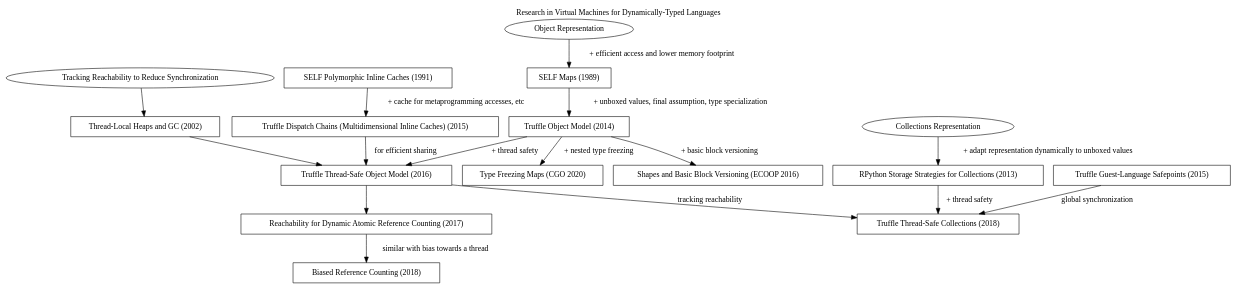
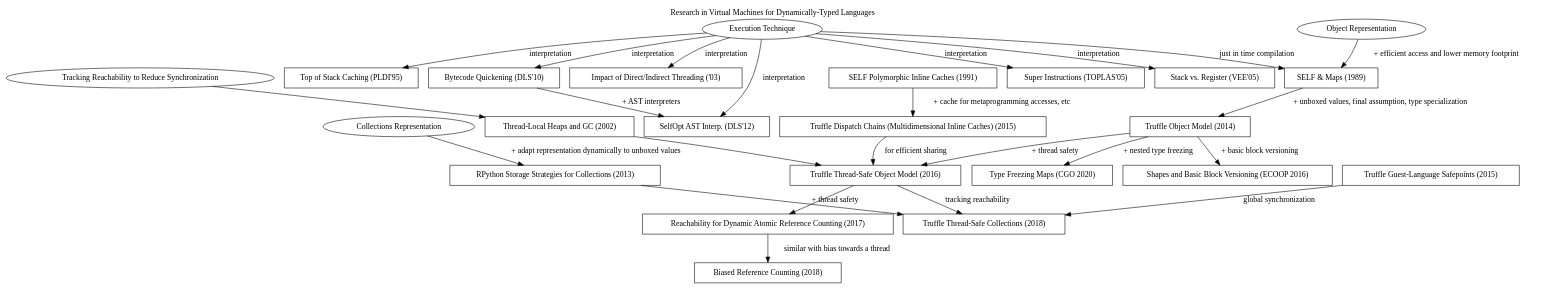
The diagram in graph.dot (eregon/virtual-machines-research-graph), drawn with Graphviz before and after one commit.

Commit message:
Added some papers on interpretation techniques

```diff
--- a/graph.dot
+++ b/graph.dot
@@ -1,74 +1,102 @@
 digraph G {
   label = "Research in Virtual Machines for Dynamically-Typed Languages"
   labelloc = "t"
   node [shape = "box"]
 
   # Nodes
   pic [label = "SELF Polymorphic Inline Caches (1991)",
        tooltip = "Optimizing Dynamically-Typed Object-Oriented Languages With Polymorphic Inline Caches",
        URL = "http://bibliography.selflanguage.org/_static/pics.pdf"]
   mpic [label = "Truffle Dispatch Chains (Multidimensional Inline Caches) (2015)",
         tooltip = "Zero-Overhead Metaprogramming; Reflection and Metaobject Protocols Fast and without Compromises",
         URL = "https://stefan-marr.de/downloads/pldi15-marr-et-al-zero-overhead-metaprogramming.pdf"]
 
   om [label = "Object Representation", shape="oval"]
-  maps [label = "SELF Maps (1989)",
+  maps [label = "SELF & Maps (1989)",
         tooltip = "An Efficient Implementation of SELF a Dynamically-Typed Object-Oriented Language Based on Prototypes",
         URL = "http://www.selflanguage.org/_static/published/implementation.pdf"]
   tosm [label = "Truffle Object Model (2014)",
         tooltip = "An Object Storage Model for the Truffle Language Implementation Framework",
         URL = "https://chrisseaton.com/rubytruffle/pppj14-om/pppj14-om.pdf"]
   tso [label = "Truffle Thread-Safe Object Model (2016)",
        tooltip = "Efficient and Thread-Safe Objects for Dynamically-Typed Languages",
        URL = "https://eregon.me/blog/assets/research/thread-safe-objects.pdf"]
 
   glsp [label = "Truffle Guest-Language Safepoints (2015)",
         tooltip = "Techniques and Applications for Guest-Language Safepoints",
         URL = "https://eregon.me/blog/assets/research/guest-language-safepoints.pdf"]
 
   freezing [label = "Type Freezing Maps (CGO 2020)",
             tooltip = "Type Freezing: Exploiting Attribute Type Monomorphism in Tracing JIT Compilers",
             URL = "https://doi.org/10.1145/3368826.3377907"]
   shapesAndBBV [label = "Shapes and Basic Block Versioning (ECOOP 2016)",
                 tooltip = "Interprocedural Type Specialization of JavaScript Programs Without Type Analysis",
                 URL = "https://drops.dagstuhl.de/opus/volltexte/2016/6101/pdf/LIPIcs-ECOOP-2016-7.pdf"]
 
   collections [label = "Collections Representation", shape="oval"]
   ss [label = "RPython Storage Strategies for Collections (2013)",
       tooltip = "Storage Strategies for Collections in Dynamically Typed Languages",
       URL = "https://tratt.net/laurie/research/pubs/html/bolz_diekmann_tratt__storage_strategies_for_collections_in_dynamically_typed_languages/"]
   tsc [label = "Truffle Thread-Safe Collections (2018)",
        tooltip = "Parallelization of Dynamic Languages: Synchronizing Built-in Collections",
        URL = "https://eregon.me/blog/assets/research/thread-safe-collections.pdf"]
 
   reachability [label = "Tracking Reachability to Reduce Synchronization", shape="oval"]
   domani [label = "Thread-Local Heaps and GC (2002)",
           tooltip = "Thread-Local Heaps for Java",
           URL = "http://citeseerx.ist.psu.edu/viewdoc/download?doi=10.1.1.63.5846&amp;rep=rep1&amp;type=pdf"]
   rarc [label = "Reachability for Dynamic Atomic Reference Counting (2017)",
         tooltip = "Dynamic Atomicity: Optimizing Swift Memory Management",
         URL = "https://dl.acm.org/doi/10.1145/3133841.3133843"]
   brc [label = "Biased Reference Counting (2018)",
        tooltip = "Biased Reference Counting: Minimizing Atomic Operations in Garbage Collection",
        URL = "https://iacoma.cs.uiuc.edu/iacoma-papers/pact18.pdf"]
 
+  exe [label = "Execution Technique", shape="oval"]
+  stackVsReg [label = "Stack vs. Register (VEE'05)",
+       tooltip = "Virtual Machine Showdown: Stack Versus Registers",
+       URL = "https://www.usenix.org/legacy/events%2Fvee05%2Ffull_papers/p153-yunhe.pdf"]
+  topOfStack [label = "Top of Stack Caching (PLDI'95)",
+       tooltip = "Stack Caching for Interpreters",
+       URL = "http://www2.cs.arizona.edu/~collberg/Teaching/553/2011/Resources/ertl94sc.pdf"]
+  directIndirect [label = "Impact of Direct/Indirect Threading ('03)",
+       tooltip = "The Structure and Performance of Efficient Interpreters",
+       URL = "https://www.jilp.org/vol5/v5paper12.pdf"]
+  selfOptAst [label = "SelfOpt AST Interp. (DLS'12)",
+       tooltip = "Self-Optimizing AST Interpreters",
+       URL = "http://lafo.ssw.uni-linz.ac.at/papers/2012_DLS_SelfOptimizingASTInterpreters.pdf"]
+  superInstructions [label = "Super Instructions (TOPLAS'05)",
+       tooltip = "Optimizing Indirect Branch Prediction Accuracy in Virtual Machine Interpreters",
+       URL = "https://www.scss.tcd.ie/David.Gregg/papers/toplas05.pdf"]
+  quickening [label = "Bytecode Quickening (DLS'10)",
+       tooltip = "Efficient Interpretation Using Quickening",
+       URL = "https://publications.sba-research.org/publications/dls10.pdf"]
   # Edges
   pic -> mpic [label = "+ cache for metaprogramming accesses, etc"]
   mpic -> tso [label = "for efficient sharing"]
 
   om -> maps [label = "+ efficient access and lower memory footprint"]
   maps -> tosm [label = "+ unboxed values, final assumption, type specialization"]
   tosm -> tso [label = "+ thread safety"]
   tosm -> shapesAndBBV [label = "+ basic block versioning"]
   tosm -> freezing [label = "+ nested type freezing"]
   tso -> rarc
   rarc -> brc [label = "similar with bias towards a thread"]
 
   reachability -> domani
   domani -> tso
 
   tso -> tsc [label = "tracking reachability"]
   glsp -> tsc [label = "global synchronization"]
   collections -> ss [label = "+ adapt representation dynamically to unboxed values"]
   ss -> tsc [label = "+ thread safety"]
+
+  exe -> directIndirect [label = "interpretation"]
+  exe -> stackVsReg [label = "interpretation"]
+  exe -> topOfStack [label = "interpretation"]
+  exe -> superInstructions [label = "interpretation"]
+  exe -> selfOptAst [label = "interpretation"]
+  exe -> quickening [label = "interpretation"]
+  quickening -> selfOptAst [label = "+ AST interpreters"]
+  exe -> maps [label = "just in time compilation"]
 }
```
